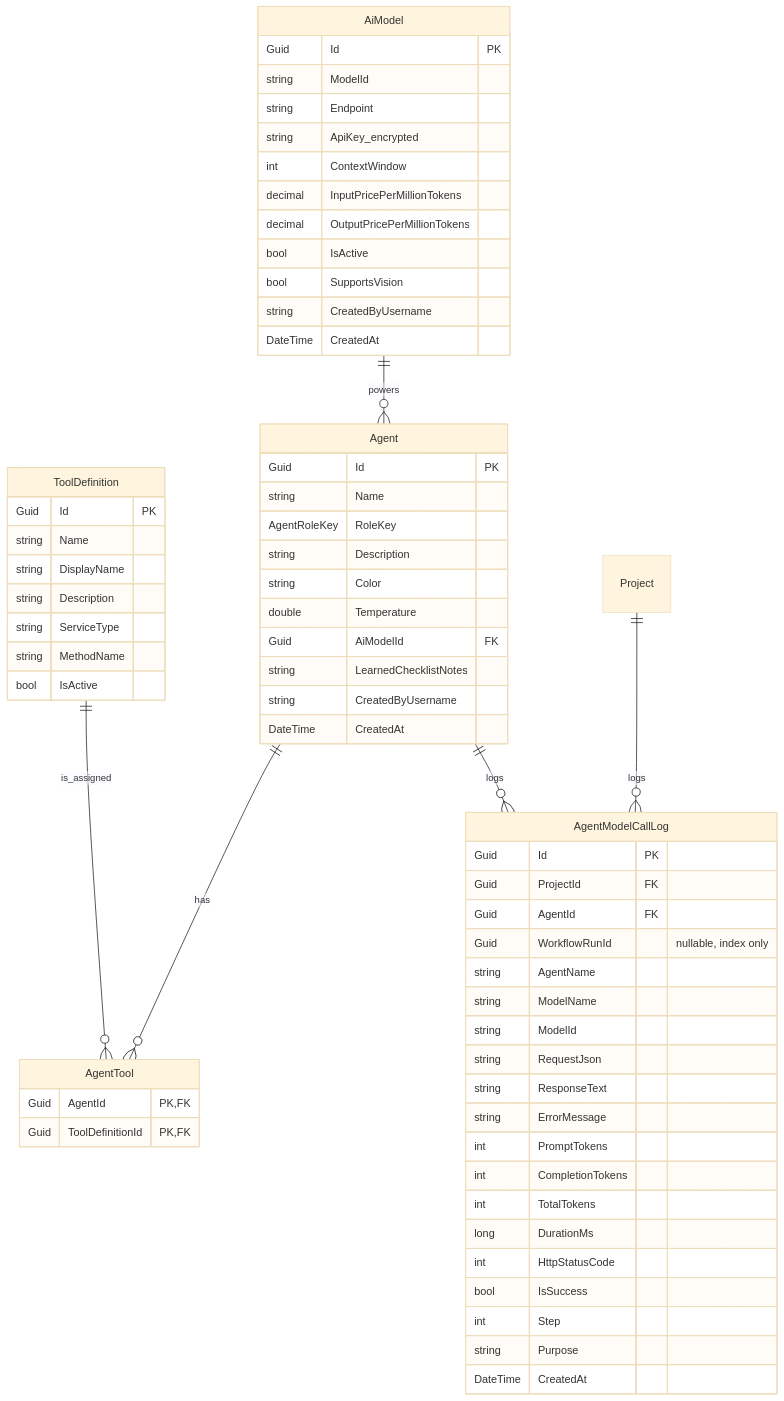
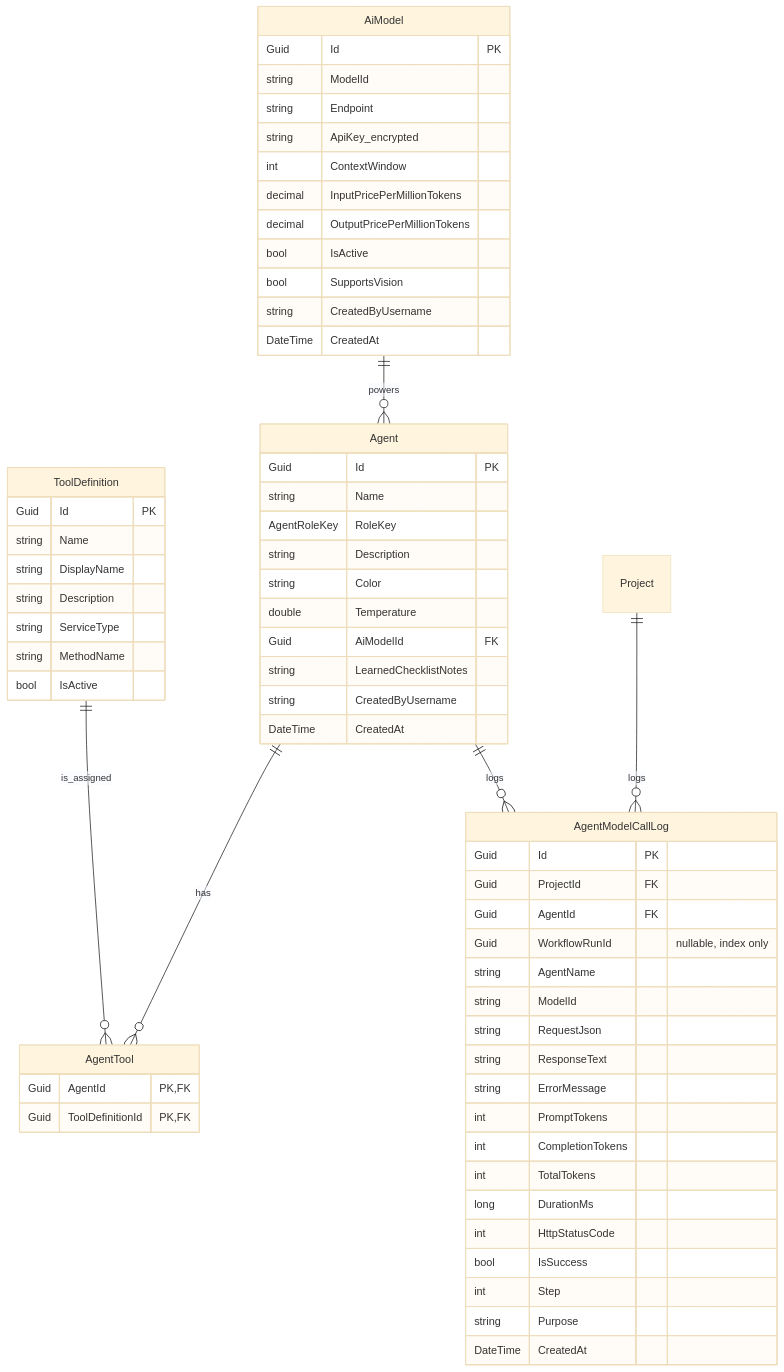
One commit to Songlong0506/ICOGenerator-v4 changed the sixth of 10 diagrams in docs/DatabaseDesign.md. Above: the diagram before and after it, drawn with Mermaid (base theme). The commit also changed other lines of this file and 26 other files, not shown here.

First line of the commit message:
Add AppUsers.OrgUnitName, drop AppUsers.IsActive & AgentModelCallLog.ModelName

````diff
--- a/docs/DatabaseDesign.md
+++ b/docs/DatabaseDesign.md
@@ -204,72 +204,71 @@
 ```mermaid
 erDiagram
     AiModel {
         Guid Id PK
         string ModelId
         string Endpoint
         string ApiKey_encrypted
         int ContextWindow
         decimal InputPricePerMillionTokens
         decimal OutputPricePerMillionTokens
         bool IsActive
         bool SupportsVision
         string CreatedByUsername
         DateTime CreatedAt
     }
 
     Agent {
         Guid Id PK
         string Name
         AgentRoleKey RoleKey
         string Description
         string Color
         double Temperature
         Guid AiModelId FK
         string LearnedChecklistNotes
         string CreatedByUsername
         DateTime CreatedAt
     }
 
     ToolDefinition {
         Guid Id PK
         string Name
         string DisplayName
         string Description
         string ServiceType
         string MethodName
         bool IsActive
     }
 
     AgentTool {
         Guid AgentId PK, FK
         Guid ToolDefinitionId PK, FK
     }
 
     AgentModelCallLog {
         Guid Id PK
         Guid ProjectId FK
         Guid AgentId FK
         Guid WorkflowRunId "nullable, index only"
         string AgentName
-        string ModelName
         string ModelId
         string RequestJson
         string ResponseText
         string ErrorMessage
         int PromptTokens
         int CompletionTokens
         int TotalTokens
         long DurationMs
         int HttpStatusCode
         bool IsSuccess
         int Step
         string Purpose
         DateTime CreatedAt
     }
 
     AiModel ||--o{ Agent : powers
     Agent ||--o{ AgentTool : has
     ToolDefinition ||--o{ AgentTool : is_assigned
     Project ||--o{ AgentModelCallLog : logs
     Agent ||--o{ AgentModelCallLog : logs
 ```
````
